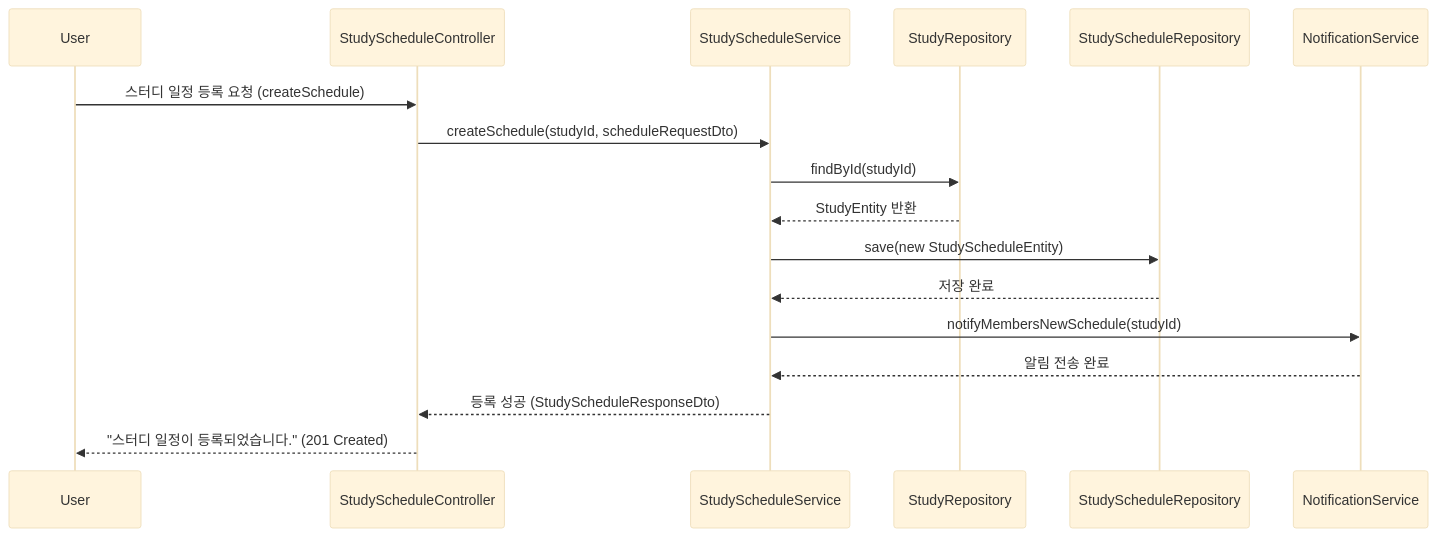
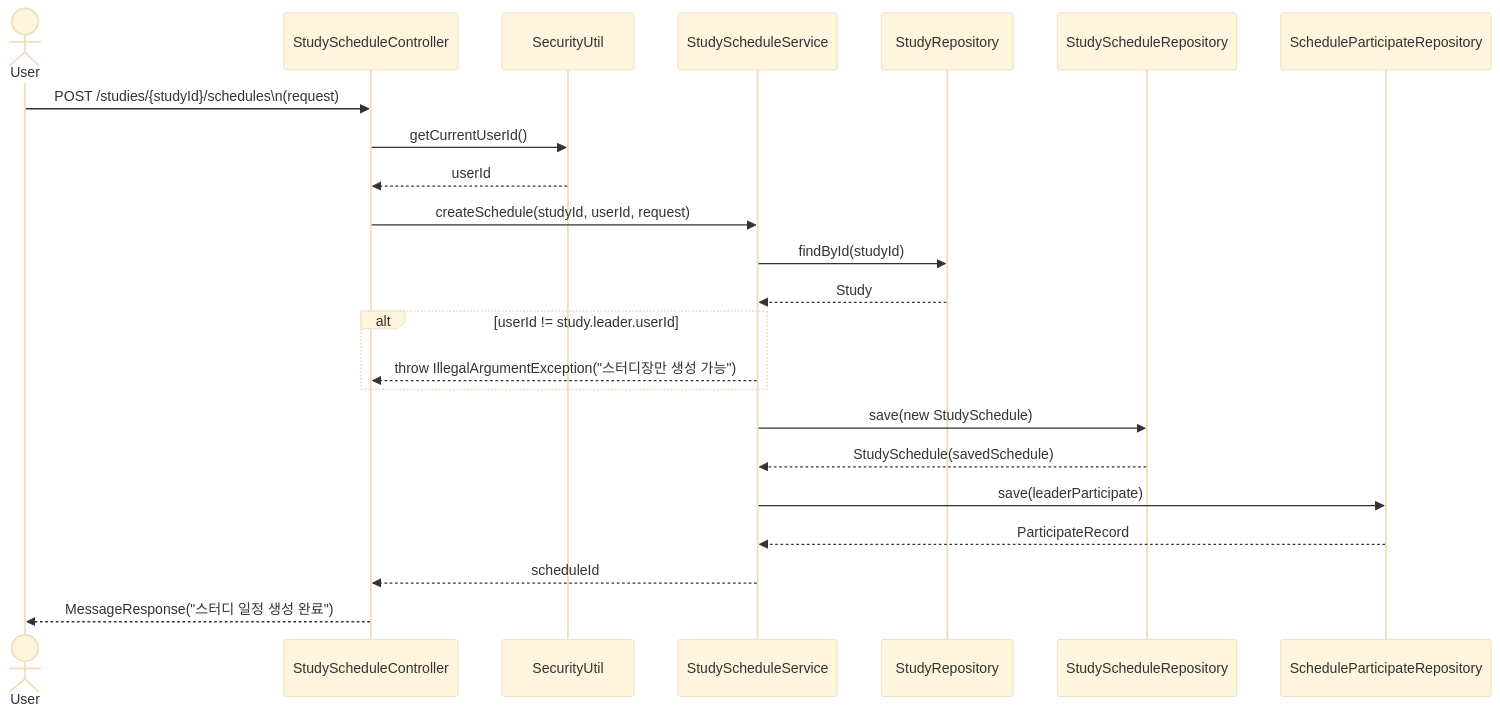
Before and after one commit to OHWCH/se_dev: diagram 26 of 47 in SDS_[깃라잡이].md, drawn with Mermaid (base theme). The commit also changed other lines of this file, not shown here.

Commit message:
스터디 시퀀스 다이어그램

````diff
--- a/SDS_[깃라잡이].md
+++ b/SDS_[깃라잡이].md
@@ -5106,21 +5312,27 @@
 ```mermaid
 sequenceDiagram
-    participant User
-    participant StudyScheduleController
-    participant StudyScheduleService
-    participant StudyRepository
-    participant StudyScheduleRepository
-    participant NotificationService
+    actor User
+    User ->> StudyScheduleController: POST /studies/{studyId}/schedules\n(request)
+    StudyScheduleController ->> SecurityUtil: getCurrentUserId()
+    SecurityUtil -->> StudyScheduleController: userId
 
-    User->>StudyScheduleController: 스터디 일정 등록 요청 (createSchedule)
-    StudyScheduleController->>StudyScheduleService: createSchedule(studyId, scheduleRequestDto)
-    StudyScheduleService->>StudyRepository: findById(studyId)
-    StudyRepository-->>StudyScheduleService: StudyEntity 반환
-    StudyScheduleService->>StudyScheduleRepository: save(new StudyScheduleEntity)
-    StudyScheduleRepository-->>StudyScheduleService: 저장 완료
-    StudyScheduleService->>NotificationService: notifyMembersNewSchedule(studyId)
-    NotificationService-->>StudyScheduleService: 알림 전송 완료
-    StudyScheduleService-->>StudyScheduleController: 등록 성공 (StudyScheduleResponseDto)
-    StudyScheduleController-->>User: "스터디 일정이 등록되었습니다." (201 Created)
+    StudyScheduleController ->> StudyScheduleService: createSchedule(studyId, userId, request)
+
+    StudyScheduleService ->> StudyRepository: findById(studyId)
+    StudyRepository -->> StudyScheduleService: Study
+
+    alt userId != study.leader.userId
+        StudyScheduleService -->> StudyScheduleController: throw IllegalArgumentException("스터디장만 생성 가능")
+    end
+
+    StudyScheduleService ->> StudyScheduleRepository: save(new StudySchedule)
+    StudyScheduleRepository -->> StudyScheduleService: StudySchedule(savedSchedule)
+
+    %% 스터디장 자동 참석
+    StudyScheduleService ->> ScheduleParticipateRepository: save(leaderParticipate)
+    ScheduleParticipateRepository -->> StudyScheduleService: ParticipateRecord
+
+    StudyScheduleService -->> StudyScheduleController: scheduleId
+    StudyScheduleController -->> User: MessageResponse("스터디 일정 생성 완료")
 
 ```
````
